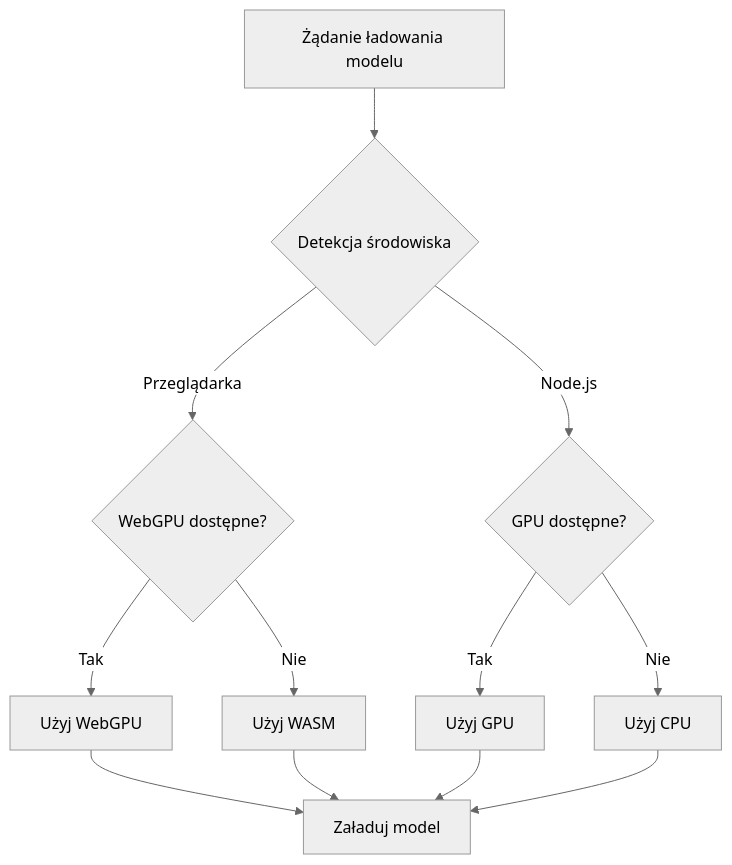
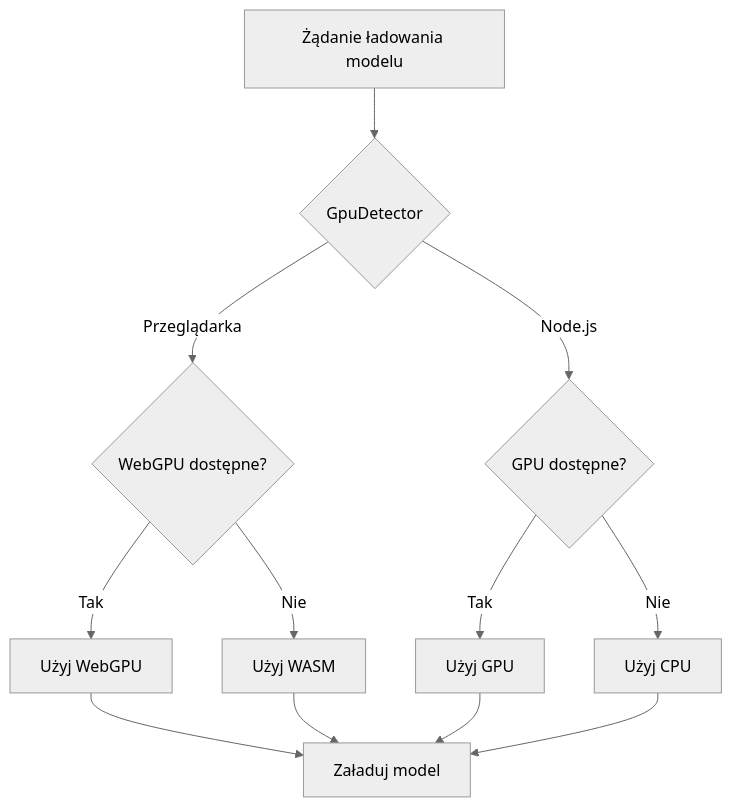
One commit to kacperpaczos/lxrt changed the seventh of 8 diagrams in ARCHITECTURE.md. Above: the diagram before and after it, drawn with Mermaid (neutral theme). The commit also changed other lines of this file and 18 other files, not shown here.

````diff
--- a/ARCHITECTURE.md
+++ b/ARCHITECTURE.md
@@ -321,18 +324,18 @@
 ```mermaid
 flowchart TD
-    Start[Żądanie ładowania modelu] --> DetectEnv{Detekcja środowiska}
+    Start[Żądanie ładowania modelu] --> DetectEnv{GpuDetector}
     
     DetectEnv --> |Przeglądarka| BrowserCheck{WebGPU dostępne?}
     DetectEnv --> |Node.js| NodeCheck{GPU dostępne?}
     
     BrowserCheck --> |Tak| WebGPU[Użyj WebGPU]
     BrowserCheck --> |Nie| WASM[Użyj WASM]
     
     NodeCheck --> |Tak| GPU[Użyj GPU]
     NodeCheck --> |Nie| CPU[Użyj CPU]
     
     WebGPU --> LoadModel[Załaduj model]
     WASM --> LoadModel
     GPU --> LoadModel
     CPU --> LoadModel
 ```
````
